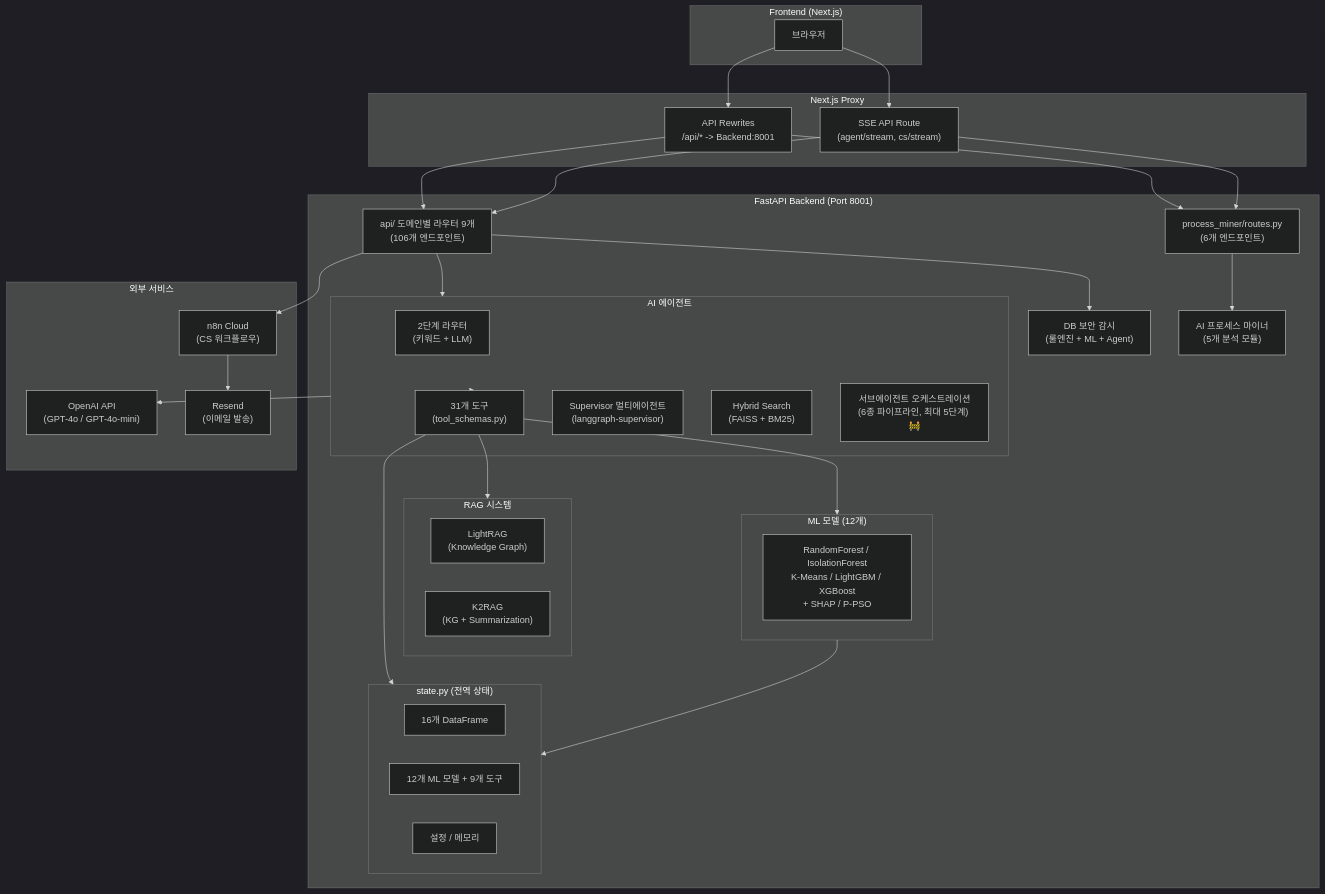
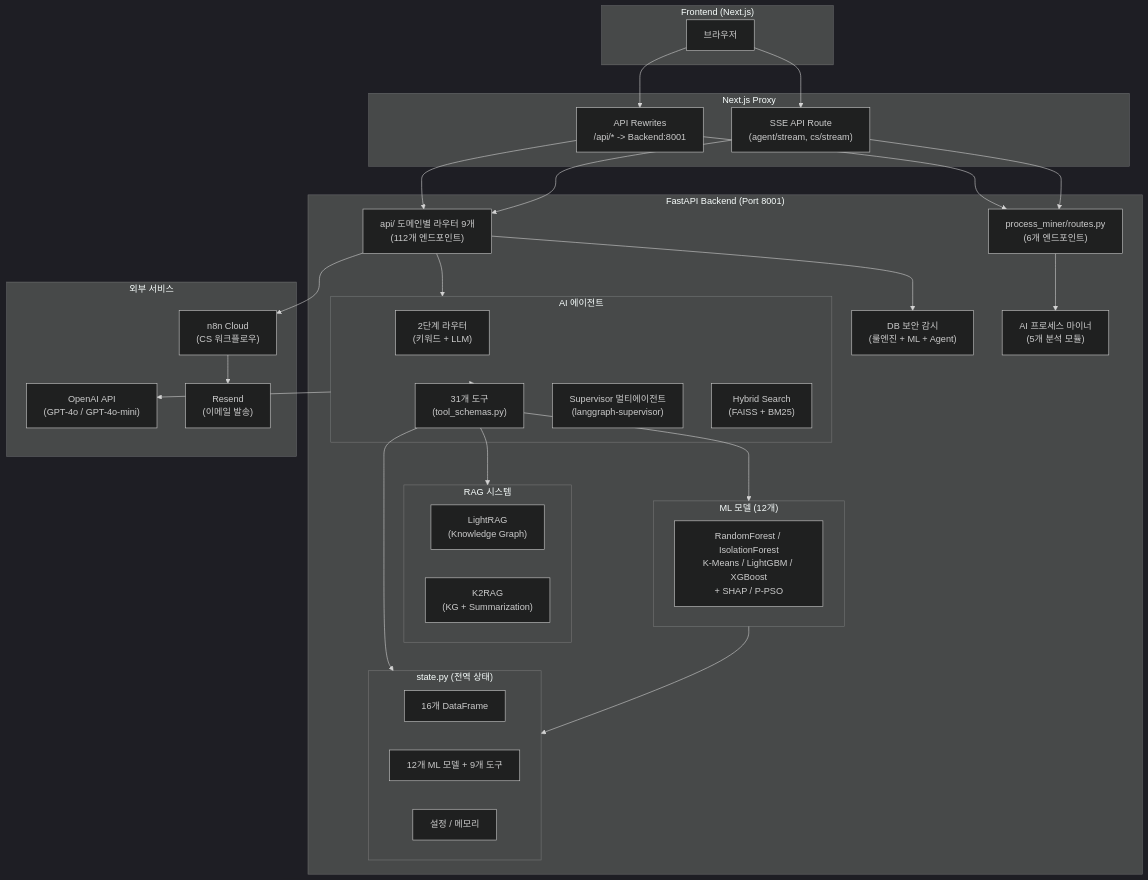
Before and after one commit to ASNGG/cafe24-demo: the first of 27 diagrams in backend 리팩토링 시작/README.md, drawn with Mermaid (dark theme). The commit also changed other lines of this file and 43 other files, not shown here.

````diff
--- a/backend 리팩토링 시작/README.md
+++ b/backend 리팩토링 시작/README.md
@@ -224,58 +256,57 @@
 ```mermaid
 flowchart TB
     subgraph Client["Frontend (Next.js)"]
         FE["브라우저"]
     end
 
     subgraph Proxy["Next.js Proxy"]
         NP["API Rewrites<br/>/api/* -> Backend:8001"]
         SSE["SSE API Route<br/>(agent/stream, cs/stream)"]
     end
 
     subgraph Backend["FastAPI Backend (Port 8001)"]
-        ROUTES["api/ 도메인별 라우터 9개<br/>(106개 엔드포인트)"]
+        ROUTES["api/ 도메인별 라우터 9개<br/>(112개 엔드포인트)"]
         PM_ROUTES["process_miner/routes.py<br/>(6개 엔드포인트)"]
 
         subgraph Agent["AI 에이전트"]
             ROUTER["2단계 라우터<br/>(키워드 + LLM)"]
             TOOLS["31개 도구<br/>(tool_schemas.py)"]
             SUPERVISOR["Supervisor 멀티에이전트<br/>(langgraph-supervisor)"]
             HYBRID["하이브리드 라우팅<br/>(워커 직접 / Supervisor 경유)"]
-            SUBAGENT["서브에이전트 오케스트레이션<br/>(6종 파이프라인, 최대 5단계) 🚧"]
         end
 
         subgraph RAG["RAG 시스템"]
             HYBRID["Hybrid Search<br/>(FAISS + BM25)"]
             LIGHTRAG["LightRAG<br/>(Knowledge Graph)"]
             K2RAG["K2RAG<br/>(KG + Summarization)"]
         end
 
         subgraph ML["ML 모델 (12개)"]
             MODELS["RandomForest / IsolationForest<br/>K-Means / LightGBM / XGBoost<br/>+ SHAP / P-PSO"]
         end
 
         subgraph State["state.py (전역 상태)"]
             DF["16개 DataFrame"]
             MLV["12개 ML 모델 + 9개 도구"]
             CFG["설정 / 메모리"]
         end
 
         GUARDIAN["DB 보안 감시<br/>(룰엔진 + ML + Agent)"]
         MINER["AI 프로세스 마이너<br/>(5개 분석 모듈)"]
     end
 
     subgraph External["외부 서비스"]
         OPENAI["OpenAI API<br/>(GPT-4o / GPT-4o-mini)"]
         N8N["n8n Cloud<br/>(CS 워크플로우)"]
         RESEND["Resend<br/>(이메일 발송)"]
     end
 
     FE --> NP & SSE --> ROUTES & PM_ROUTES
     ROUTES --> Agent --> TOOLS --> ML & RAG
     ROUTES --> GUARDIAN
     PM_ROUTES --> MINER
     Agent --> OPENAI
     ROUTES --> N8N --> RESEND
     TOOLS --> State
     ML --> State
 ```
````
